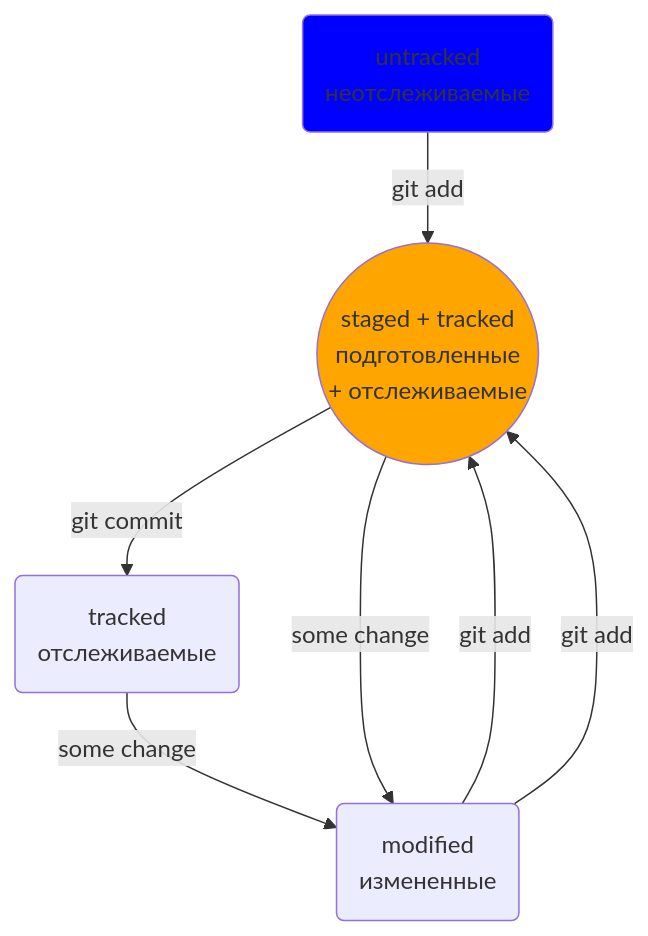
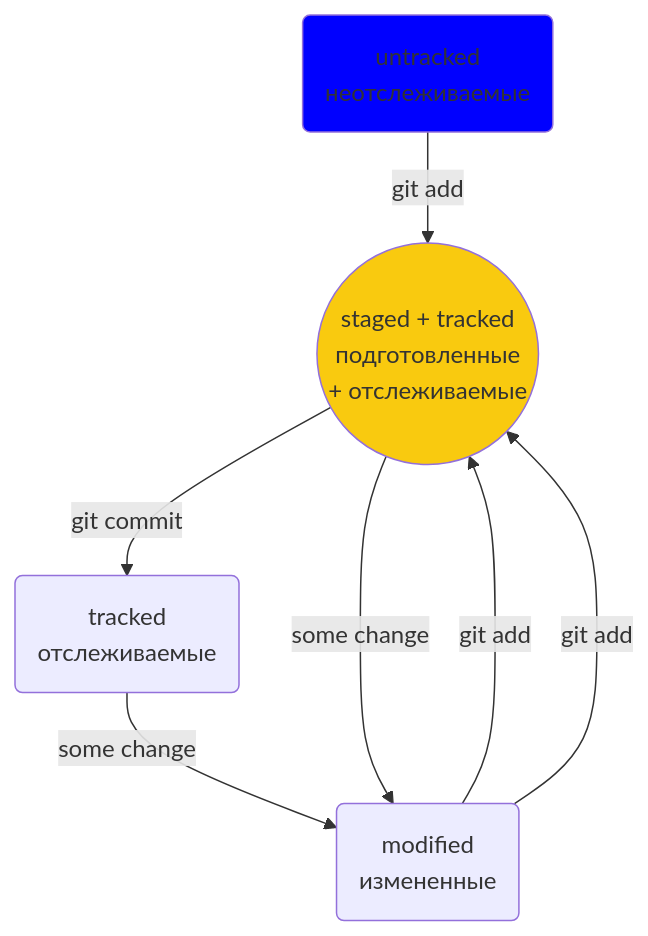
Before and after one commit to AleksandrVakarin/GitInstructionMermaid: the diagram in README.md, drawn with Mermaid.

````diff
--- a/README.md
+++ b/README.md
@@ -93,18 +93,18 @@
 ```mermaid
 flowchart TD;
 	
 	stgd((staged + tracked<br>подготовленные<br> + отслеживаемые))
 	mdf(modified<br>измененные)
 	untr(untracked<br>неотслеживаемые)
 	trcd(tracked<br>отслеживаемые)
 
 
 	untr-- git add -->stgd
 	mdf-- git add -->stgd -- git commit -->trcd
 	trcd-- some change -->mdf
 	mdf-- git add --> stgd
 	stgd-- some change -->mdf
 
-	style stgd fill: orange
+	style stgd fill: #F9CA0F
 	style untr fill: blue
 ```
````
